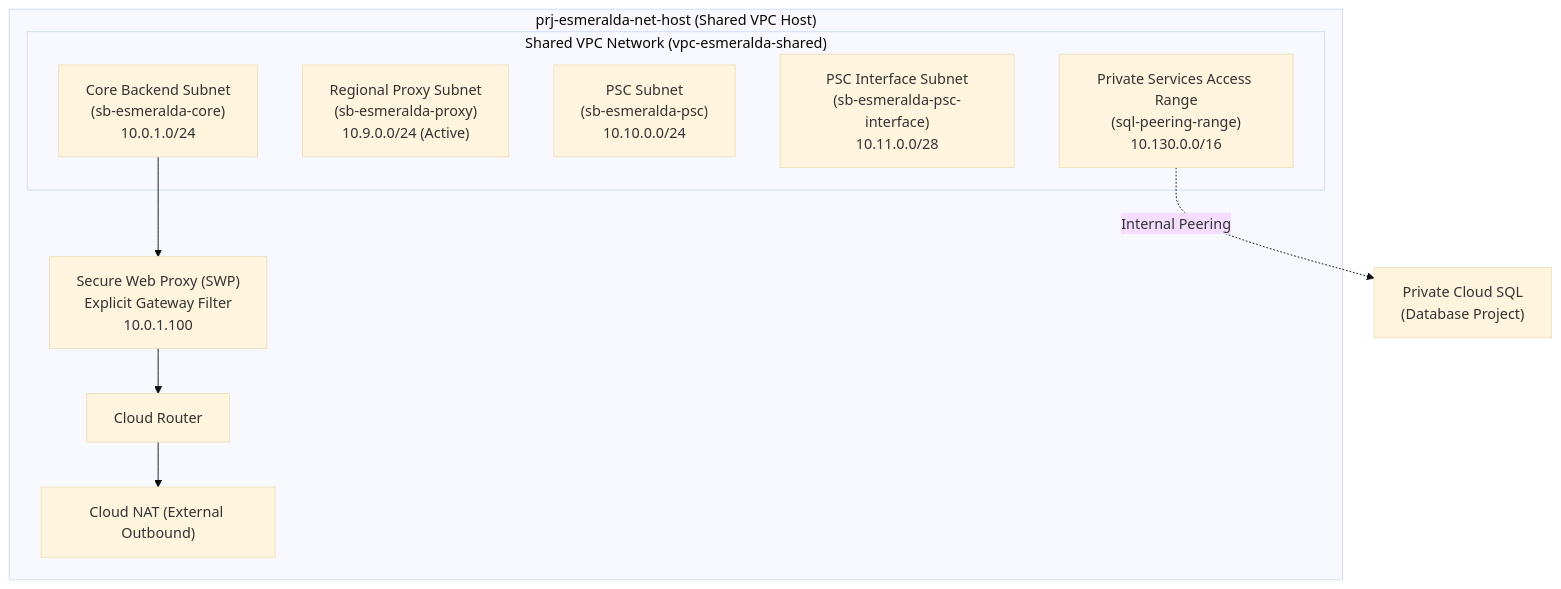
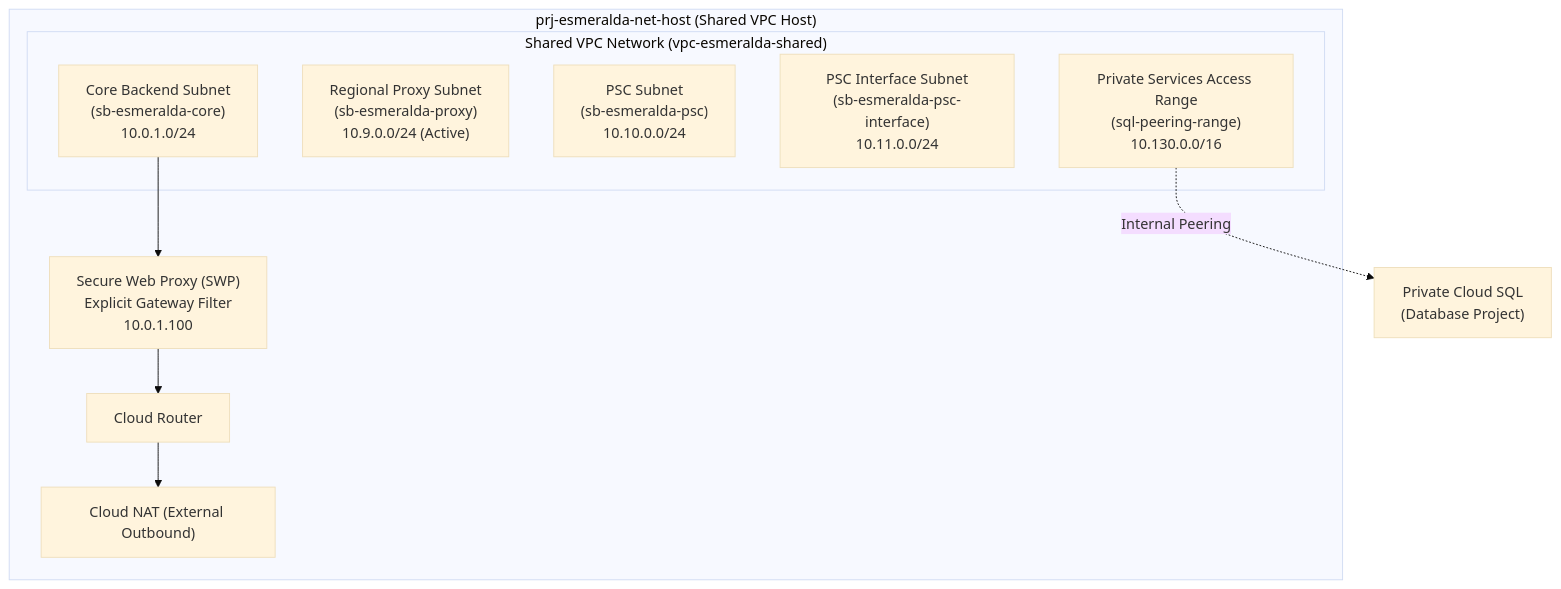
Before and after one commit to google/esmeralda: the first of 4 diagrams in docs/1-platform-foundations/02-private-networking.md, drawn with Mermaid (base theme). The commit also changed other lines of this file, not shown here.

````diff
--- a/docs/1-platform-foundations/02-private-networking.md
+++ b/docs/1-platform-foundations/02-private-networking.md
@@ -41,20 +41,20 @@
 ```mermaid
 graph TD
     subgraph HostProject["prj-esmeralda-net-host (Shared VPC Host)"]
         subgraph VPC["Shared VPC Network (vpc-esmeralda-shared)"]
             SubnetCore["Core Backend Subnet<br/>(sb-esmeralda-core)<br/>10.0.1.0/24"]
             SubnetProxy["Regional Proxy Subnet<br/>(sb-esmeralda-proxy)<br/>10.9.0.0/24 (Active)"]
             SubnetPSC["PSC Subnet<br/>(sb-esmeralda-psc)<br/>10.10.0.0/24"]
-            SubnetPSC_I["PSC Interface Subnet<br/>(sb-esmeralda-psc-interface)<br/>10.11.0.0/28"]
+            SubnetPSC_I["PSC Interface Subnet<br/>(sb-esmeralda-psc-interface)<br/>10.11.0.0/24"]
             PSA["Private Services Access Range<br/>(sql-peering-range)<br/>10.130.0.0/16"]
         end
         Router["Cloud Router"]
         NAT["Cloud NAT (External Outbound)"]
         SWP["Secure Web Proxy (SWP)<br/>Explicit Gateway Filter<br/>10.0.1.100"]
     end
 
     Router --> NAT
     SubnetCore --> SWP
     SWP --> Router
     PSA -.->|Internal Peering| DB["Private Cloud SQL<br/>(Database Project)"]
 ```
````
